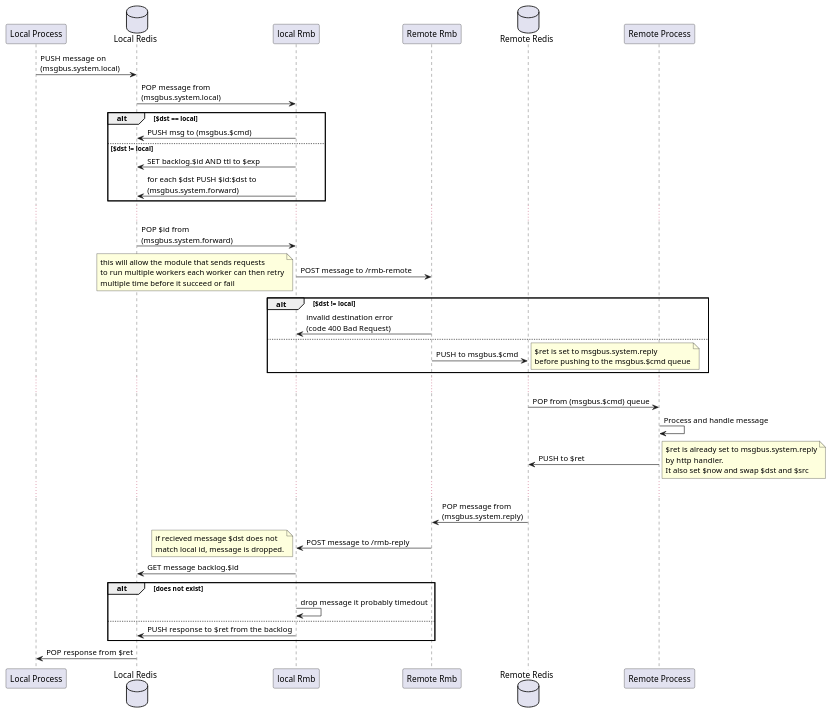
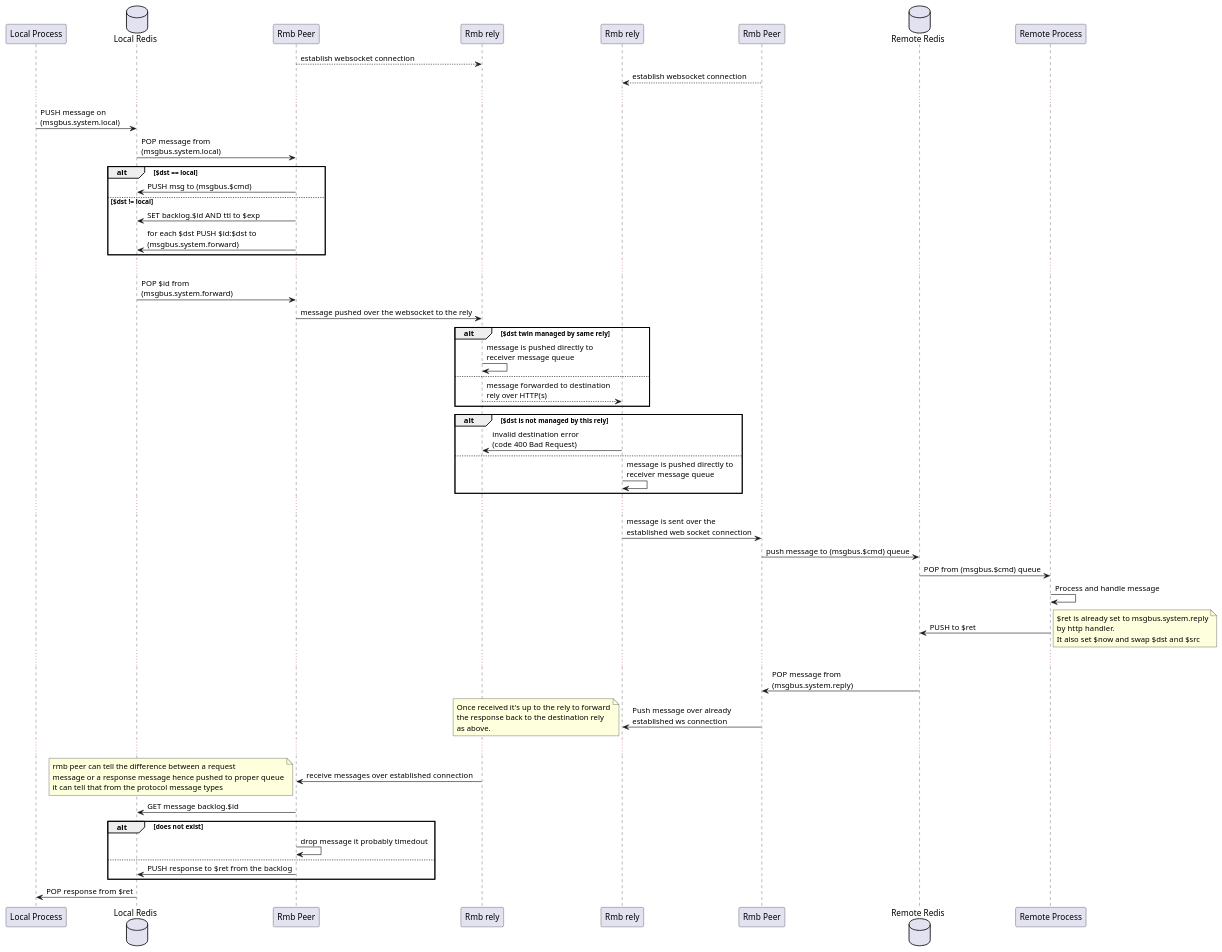
The diagram in docs/uml/sequence.wsd (threefoldtech/rmb-rs), drawn with PlantUML before and after one commit. The commit also changed 2 other files, not shown here.

```diff
--- a/docs/uml/sequence.wsd
+++ b/docs/uml/sequence.wsd
@@ -1,60 +1,75 @@
 @startuml RMB
 
-participant "Local Process" as lp
-database "Local Redis" as lr
-participant "local Rmb" as lrmb
+participant "Local Process" as lps
+database "Local Redis" as lredis
+participant "Rmb Peer" as lpeer
 
-participant "Remote Rmb" as rrmb
-database "Remote Redis" as rr
-participant "Remote Process" as rp
+participant "Rmb rely" as rely
+participant "Rmb rely" as rely2
 
-lp -> lr: PUSH message on \n(msgbus.system.local)
-lr -> lrmb : POP message from \n(msgbus.system.local)
+participant "Rmb Peer" as rpeer
+database "Remote Redis" as rredis
+participant "Remote Process" as rps
+
+lpeer --> rely: establish websocket connection
+rpeer --> rely2: establish websocket connection
+...
+lps -> lredis: PUSH message on \n(msgbus.system.local)
+lredis -> lpeer : POP message from \n(msgbus.system.local)
 
 alt $dst == local
-lrmb -> lr: PUSH msg to (msgbus.$cmd)
+lpeer -> lredis: PUSH msg to (msgbus.$cmd)
 else $dst != local
-lrmb -> lr: SET backlog.$id AND ttl to $exp
-lrmb -> lr: for each $dst PUSH $id:$dst to \n(msgbus.system.forward)
+lpeer -> lredis: SET backlog.$id AND ttl to $exp
+lpeer -> lredis: for each $dst PUSH $id:$dst to \n(msgbus.system.forward)
 end
 ...
-lr -> lrmb: POP $id from \n(msgbus.system.forward)
-lrmb -> rrmb: POST message to /rmb-remote
-note left
- this will allow the module that sends requests
- to run multiple workers each worker can then retry
- multiple time before it succeed or fail
-end note
-alt $dst != local
-rrmb -> lrmb: invalid destination error\n(code 400 Bad Request)
+lredis -> lpeer: POP $id from \n(msgbus.system.forward)
+lpeer -> rely: message pushed over the websocket to the rely
+
+alt $dst twin managed by same rely
+rely -> rely: message is pushed directly to \nreceiver message queue
 else
-rrmb -> rr: PUSH to msgbus.$cmd
-note right
-$ret is set to msgbus.system.reply
-before pushing to the msgbus.$cmd queue
-end note
+rely --> rely2: message forwarded to destination \nrely over HTTP(s)
+end
+
+alt $dst is not managed by this rely
+rely2 -> rely: invalid destination error\n(code 400 Bad Request)
+else
+rely2 -> rely2: message is pushed directly to \nreceiver message queue
 end
 ...
-rr -> rp: POP from (msgbus.$cmd) queue
-rp -> rp: Process and handle message
-rp -> rr: PUSH to $ret
+rely2 -> rpeer: message is sent over the \nestablished web socket connection
+rpeer -> rredis: push message to (msgbus.$cmd) queue
+
+rredis -> rps: POP from (msgbus.$cmd) queue
+rps -> rps: Process and handle message
+rps -> rredis: PUSH to $ret
 note right
 $ret is already set to msgbus.system.reply
 by http handler.
 It also set $now and swap $dst and $src
 end note
 ...
-rr -> rrmb: POP message from \n(msgbus.system.reply)
-rrmb -> lrmb: POST message to /rmb-reply
+rredis -> rpeer: POP message from \n(msgbus.system.reply)
+rpeer -> rely2: Push message over already \nestablished ws connection
 note left
-if recieved message $dst does not
-match local id, message is dropped.
+Once received it's up to the rely to forward
+the response back to the destination rely
+as above.
 end note
-lrmb -> lr: GET message backlog.$id
+...
+rely -> lpeer: receive messages over established connection
+note left
+rmb peer can tell the difference between a request
+message or a response message hence pushed to proper queue
+it can tell that from the protocol message types
+end note
+lpeer -> lredis: GET message backlog.$id
 alt does not exist
-lrmb -> lrmb: drop message it probably timedout
+lpeer -> lpeer: drop message it probably timedout
 else
-lrmb -> lr: PUSH response to $ret from the backlog
+lpeer -> lredis: PUSH response to $ret from the backlog
 end
-lr -> lp: POP response from $ret
+lredis -> lps: POP response from $ret
 @enduml
```
